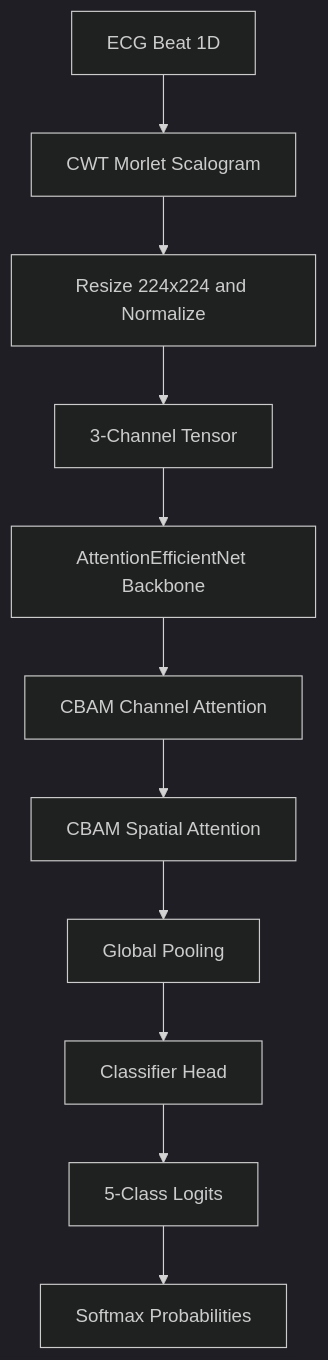
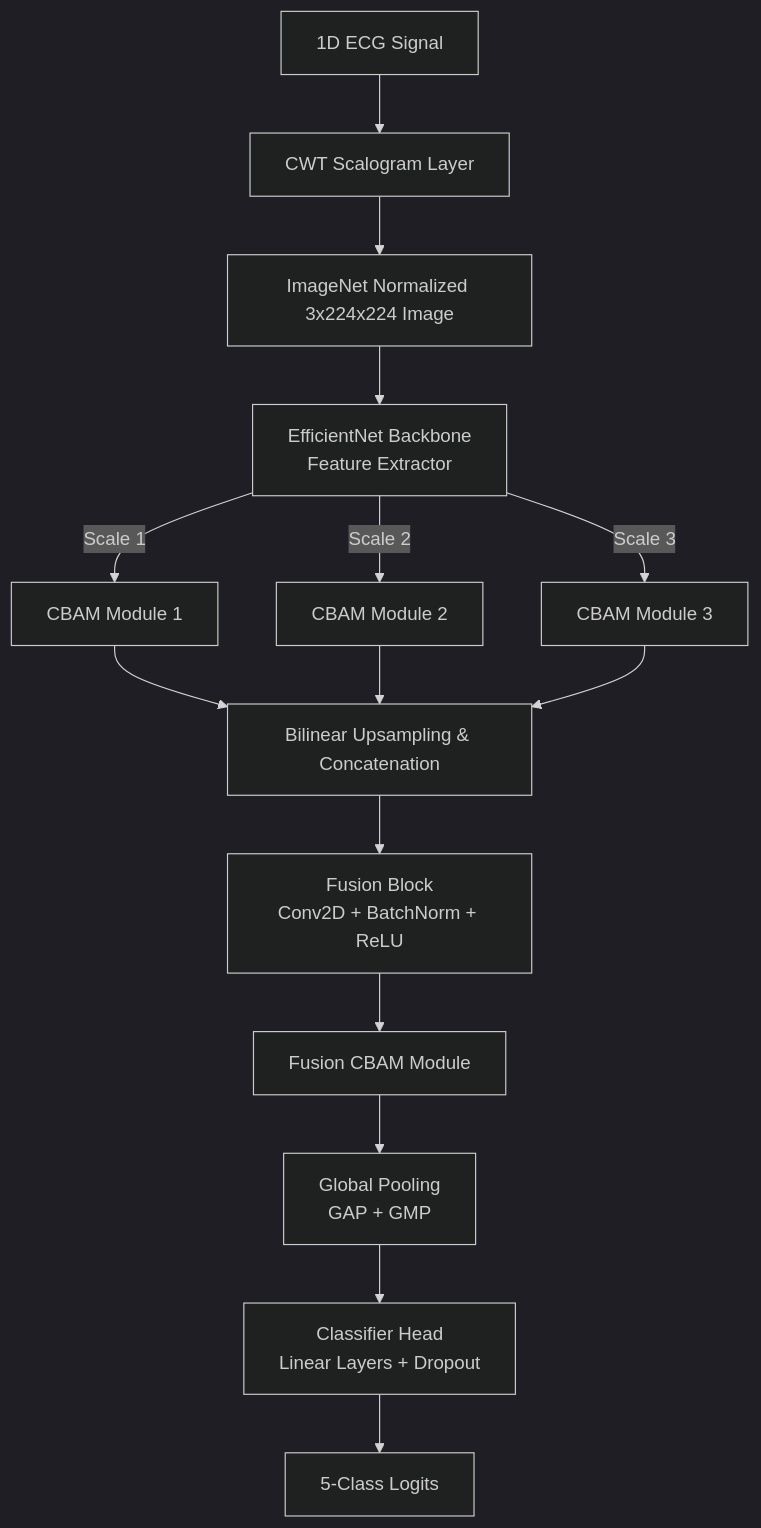
The first of 2 diagrams in EFFICIENTNET_TRANSFORMER_PAPER2_STUDY_GUIDE.md (HardikNegi9/Guide), drawn with Mermaid (dark theme) before and after one commit. The commit also changed other lines of this file and 5 other files, not shown here.

````diff
--- a/EFFICIENTNET_TRANSFORMER_PAPER2_STUDY_GUIDE.md
+++ b/EFFICIENTNET_TRANSFORMER_PAPER2_STUDY_GUIDE.md
@@ -527,13 +532,23 @@
 ```mermaid
 flowchart TD
-  A[ECG Beat 1D] --> B[CWT Morlet Scalogram]
-  B --> C[Resize 224x224 and Normalize]
-  C --> D[3-Channel Tensor]
-  D --> E[AttentionEfficientNet Backbone]
-  E --> F[CBAM Channel Attention]
-  F --> G[CBAM Spatial Attention]
-  G --> H[Global Pooling]
-  H --> I[Classifier Head]
-  I --> J[5-Class Logits]
-  J --> K[Softmax Probabilities]
+  A[1D ECG Signal] --> B[CWT Scalogram Layer]
+  B --> C[ImageNet Normalized 3x224x224 Image]
+  
+  C --> D[EfficientNet Backbone\nFeature Extractor]
+  
+  D -->|Scale 1| E1[CBAM Module 1]
+  D -->|Scale 2| E2[CBAM Module 2]
+  D -->|Scale 3| E3[CBAM Module 3]
+  
+  E1 --> F[Bilinear Upsampling & Concatenation]
+  E2 --> F
+  E3 --> F
+  
+  F --> G[Fusion Block\nConv2D + BatchNorm + ReLU]
+  G --> H[Fusion CBAM Module]
+  
+  H --> I[Global Pooling\nGAP + GMP]
+  I --> J[Classifier Head\nLinear Layers + Dropout]
+  
+  J --> K[5-Class Logits]
 ```
````
